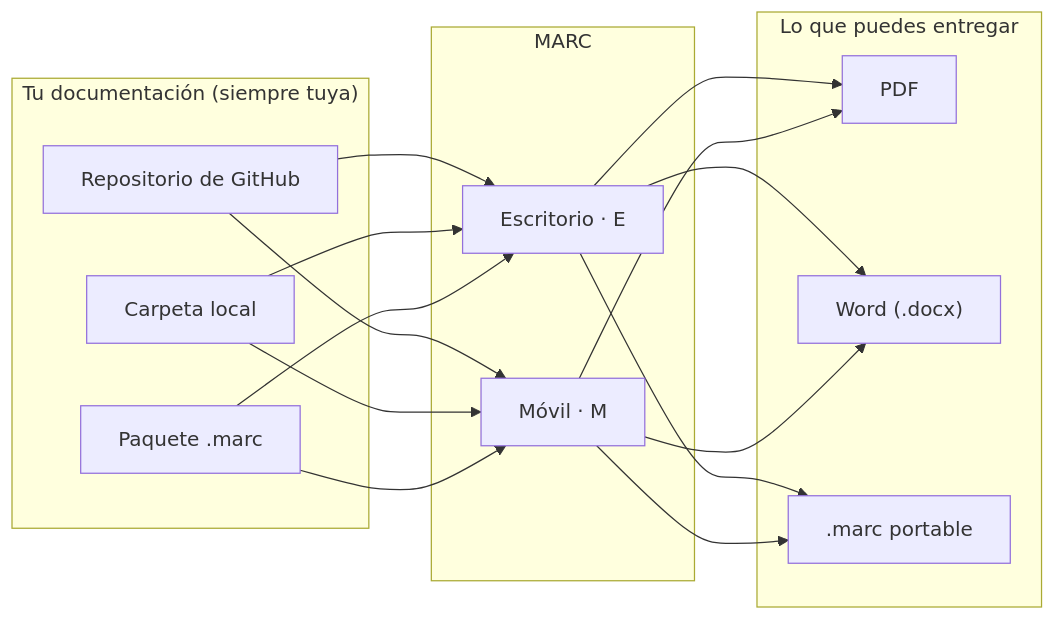
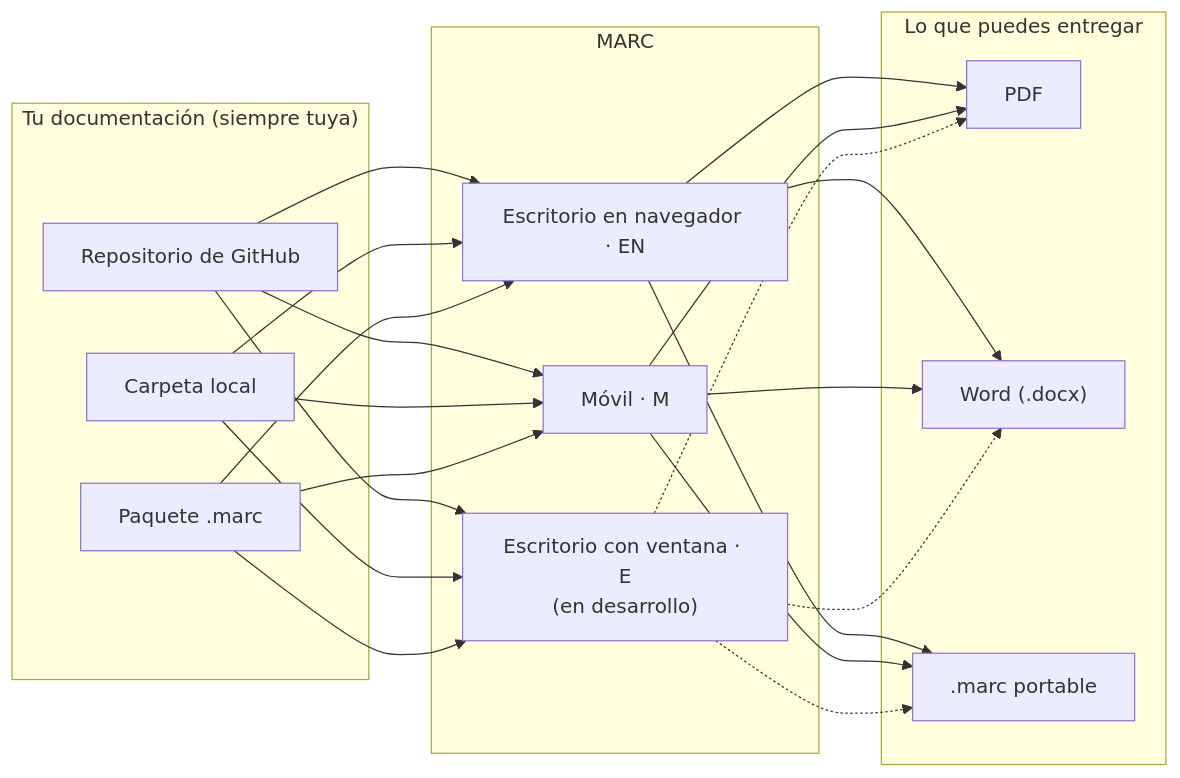
The diagram in 00 Portada.md (Anton-Bazh/MARC-DOC), drawn with Mermaid before and after one commit. The commit also changed other lines of this file and 7 other files, not shown here.

````diff
--- a/00 Portada.md
+++ b/00 Portada.md
@@ -27,22 +31,24 @@
 ```mermaid
 flowchart LR
     subgraph Fuentes["Tu documentación (siempre tuya)"]
         G["Repositorio de GitHub"]
         C["Carpeta local"]
         P["Paquete .marc"]
     end
     subgraph Apps["MARC"]
-        E["Escritorio · E"]
+        EN["Escritorio en navegador · EN"]
         M["Móvil · M"]
+        E["Escritorio con ventana · E<br/>(en desarrollo)"]
     end
     subgraph Salidas["Lo que puedes entregar"]
         PDF["PDF"]
         W["Word (.docx)"]
         MK[".marc portable"]
     end
-    G --> E & M
-    C --> E & M
-    P --> E & M
-    E --> PDF & W & MK
+    G --> EN & M & E
+    C --> EN & M & E
+    P --> EN & M & E
+    EN --> PDF & W & MK
     M --> PDF & W & MK
+    E -.-> PDF & W & MK
 ```
````
